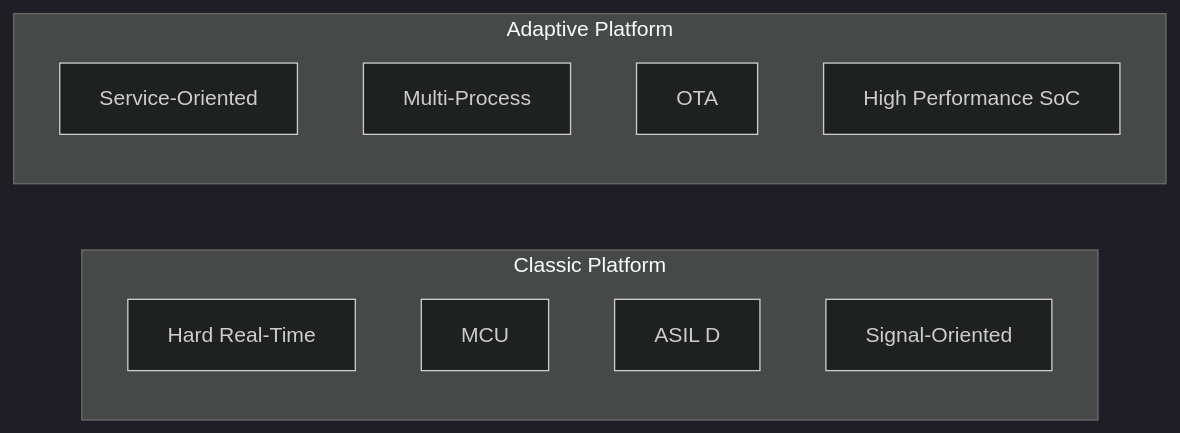
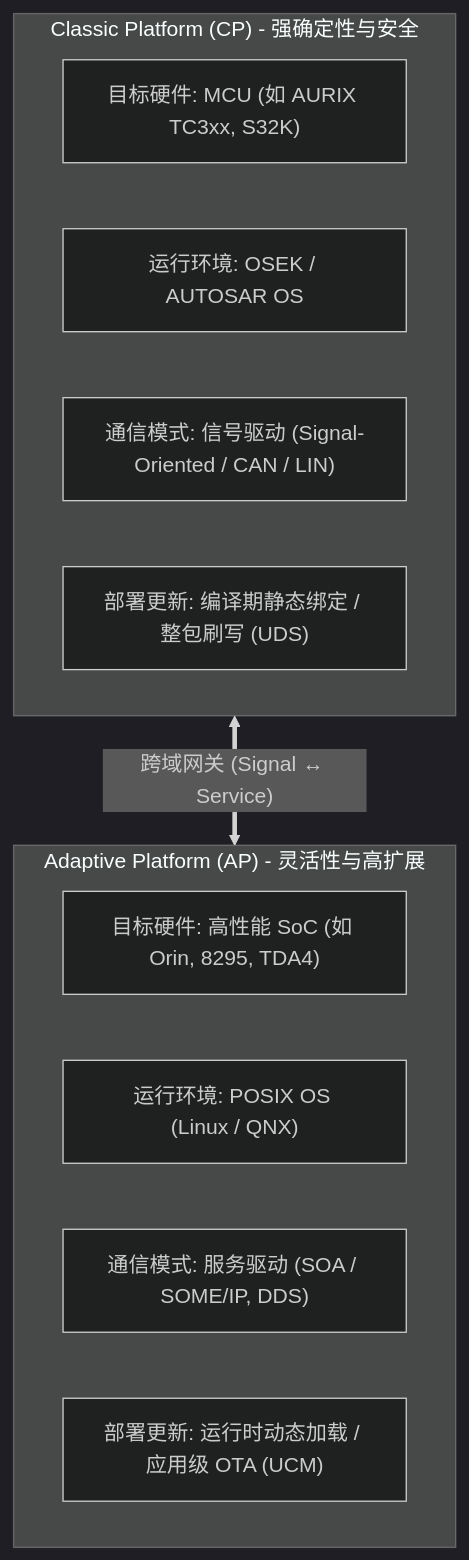
One commit to leehyon/garden changed the first of 8 diagrams in content/autosar/autosar-adaptive.md. Above: the diagram before and after it, drawn with Mermaid (dark theme). The commit also changed other lines of this file, not shown here.

Commit message:
refactor: revise AUTOSAR Adaptive documentation

````diff
--- a/content/autosar/autosar-adaptive.md
+++ b/content/autosar/autosar-adaptive.md
@@ -17,17 +17,18 @@
 ```mermaid
-flowchart LR
-
-    subgraph Classic["Classic Platform"]
-        C1["Hard Real-Time"]
-        C2["MCU"]
-        C3["ASIL D"]
-        C4["Signal-Oriented"]
+flowchart TB
+    subgraph CP["Classic Platform (CP) - 强确定性与安全"]
+        C1["目标硬件: MCU (如 AURIX TC3xx, S32K)"]
+        C2["运行环境: OSEK / AUTOSAR OS"]
+        C3["通信模式: 信号驱动 (Signal-Oriented / CAN / LIN)"]
+        C4["部署更新: 编译期静态绑定 / 整包刷写 (UDS)"]
     end
 
-    subgraph Adaptive["Adaptive Platform"]
-        A1["Service-Oriented"]
-        A2["Multi-Process"]
-        A3["OTA"]
-        A4["High Performance SoC"]
+    subgraph AP["Adaptive Platform (AP) - 灵活性与高扩展"]
+        A1["目标硬件: 高性能 SoC (如 Orin, 8295, TDA4)"]
+        A2["运行环境: POSIX OS (Linux / QNX)"]
+        A3["通信模式: 服务驱动 (SOA / SOME/IP, DDS)"]
+        A4["部署更新: 运行时动态加载 / 应用级 OTA (UCM)"]
     end
+
+    CP <==>|"跨域网关 (Signal ↔ Service)"| AP
 ```
````
